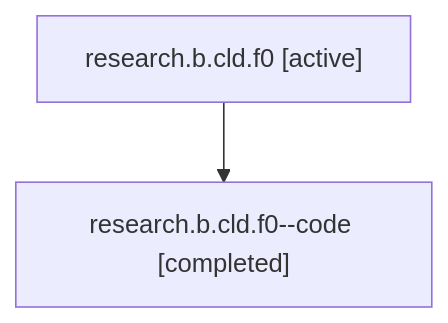
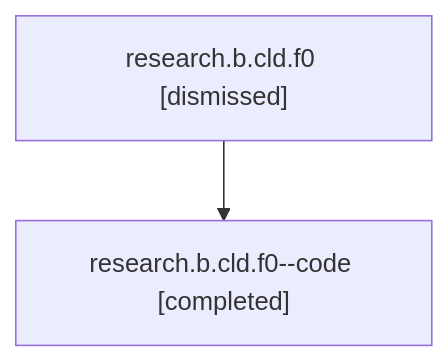
Before and after one commit to sase-org/sase--agents: the diagram in sessions/bbugyi200.athena.research.b.cld.f0.md, drawn with Mermaid. The commit also changed other lines of this file and 1356 other files, not shown here.

````diff
--- a/sessions/bbugyi200.athena.research.b.cld.f0.md
+++ b/sessions/bbugyi200.athena.research.b.cld.f0.md
@@ -9,6 +9,6 @@
 ```mermaid
 flowchart TD
-  n0["research.b.cld.f0 [active]"]
+  n0["research.b.cld.f0 [dismissed]"]
   n1["research.b.cld.f0--code [completed]"]
   n0 --> n1
 ```
````
